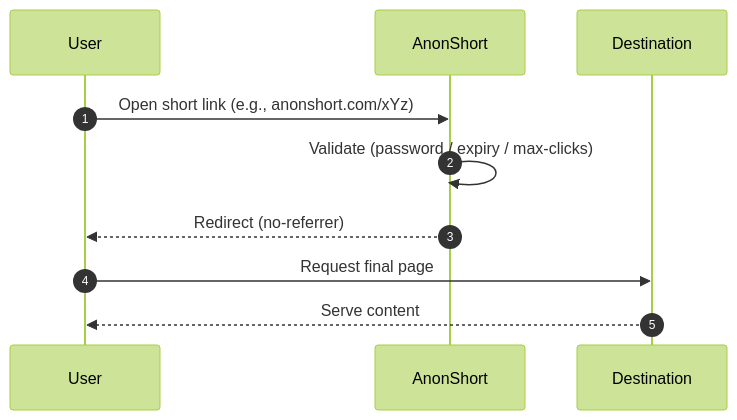
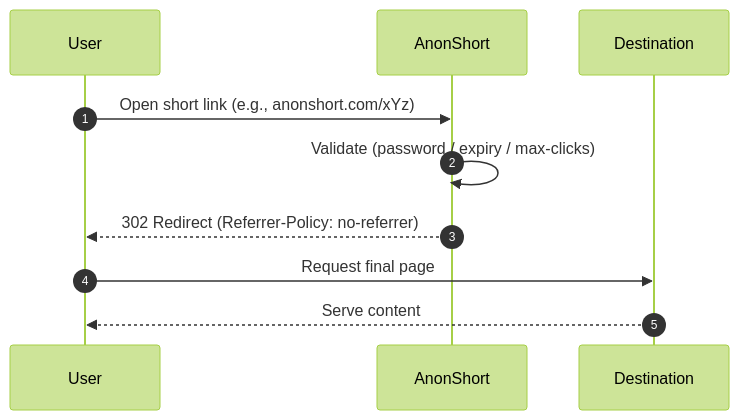
The diagram in README.md (anonshort/anonshort), drawn with Mermaid (forest theme) before and after one commit. The commit also changed other lines of this file, not shown here.

````diff
--- a/README.md
+++ b/README.md
@@ -222,13 +205,13 @@
 ```mermaid
 sequenceDiagram
   autonumber
   participant U as User
   participant A as AnonShort
   participant D as Destination
 
   U->>A: Open short link (e.g., anonshort.com/xYz)
   A->>A: Validate (password / expiry / max-clicks)
-  A-->>U: Redirect (no-referrer)
+  A-->>U: 302 Redirect (Referrer-Policy: no-referrer)
   U->>D: Request final page
   D-->>U: Serve content
 ```
````
